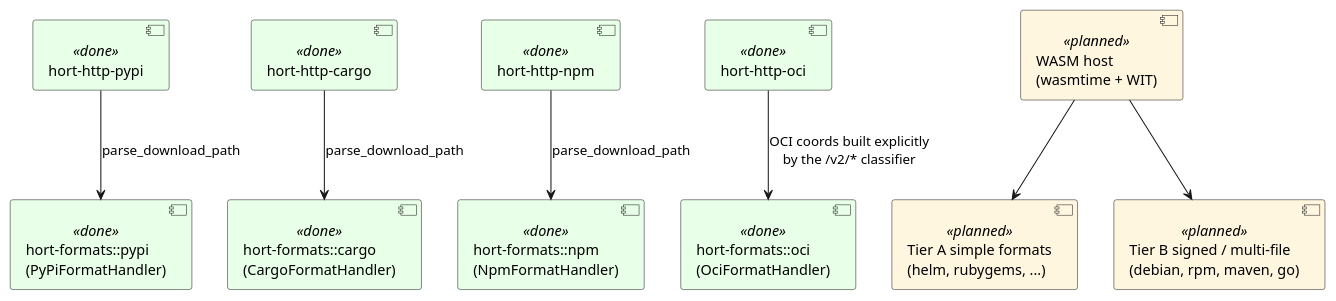
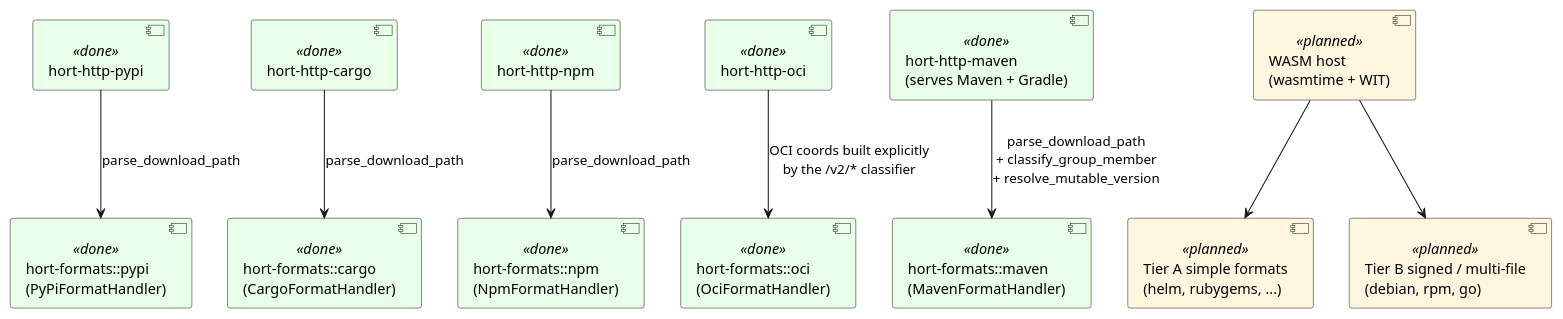
One commit to project-hort/hort changed the first of 3 diagrams in docs/architecture/explanation/format-handlers.md. Above: the diagram before and after it, drawn with PlantUML. The commit also changed other lines of this file and 43 other files, not shown here.

Commit message:
feat: Maven/Gradle format handler + format-port finalization

````diff
--- a/docs/architecture/explanation/format-handlers.md
+++ b/docs/architecture/explanation/format-handlers.md
@@ -63,28 +63,31 @@
 ```plantuml
 @startuml
 skinparam shadowing false
 skinparam component {
   BackgroundColor<<done>>    #E8FFE8
   BackgroundColor<<planned>> #FFF6E0
 }
 
 component "hort-http-pypi" as pypi_h <<done>>
 component "hort-formats::pypi\n(PyPiFormatHandler)" as pypi_f <<done>>
 component "hort-http-cargo" as cargo_h <<done>>
 component "hort-formats::cargo\n(CargoFormatHandler)" as cargo_f <<done>>
 component "hort-http-npm" as npm_h <<done>>
 component "hort-formats::npm\n(NpmFormatHandler)" as npm_f <<done>>
 component "hort-http-oci" as oci_h <<done>>
 component "hort-formats::oci\n(OciFormatHandler)" as oci_f <<done>>
+component "hort-http-maven\n(serves Maven + Gradle)" as maven_h <<done>>
+component "hort-formats::maven\n(MavenFormatHandler)" as maven_f <<done>>
 component "WASM host\n(wasmtime + WIT)" as wasm <<planned>>
 component "Tier A simple formats\n(helm, rubygems, ...)" as tiera <<planned>>
-component "Tier B signed / multi-file\n(debian, rpm, maven, go)" as tierb <<planned>>
+component "Tier B signed / multi-file\n(debian, rpm, go)" as tierb <<planned>>
 
 pypi_h  --> pypi_f  : parse_download_path
 cargo_h --> cargo_f : parse_download_path
 npm_h   --> npm_f   : parse_download_path
 oci_h   --> oci_f   : OCI coords built explicitly\nby the /v2/* classifier
+maven_h --> maven_f : parse_download_path\n+ classify_group_member\n+ resolve_mutable_version
 wasm --> tiera
 wasm --> tierb
 @enduml
 ```
````
